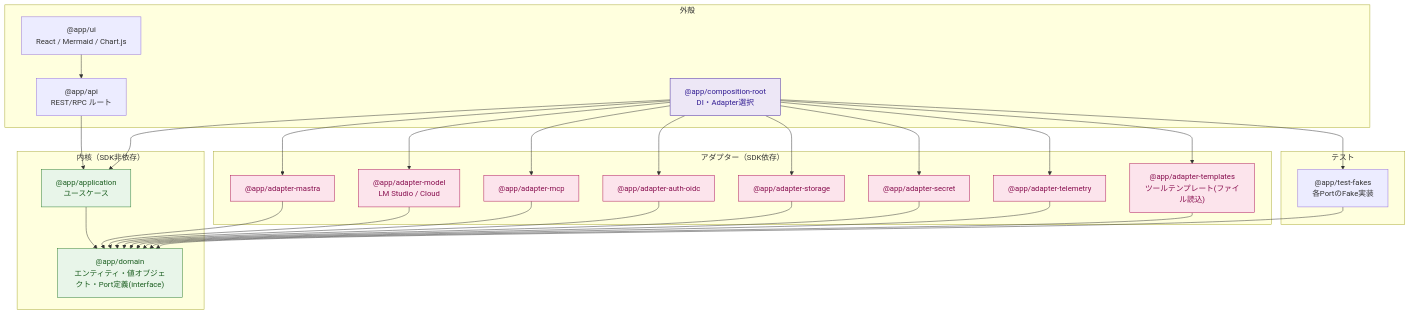
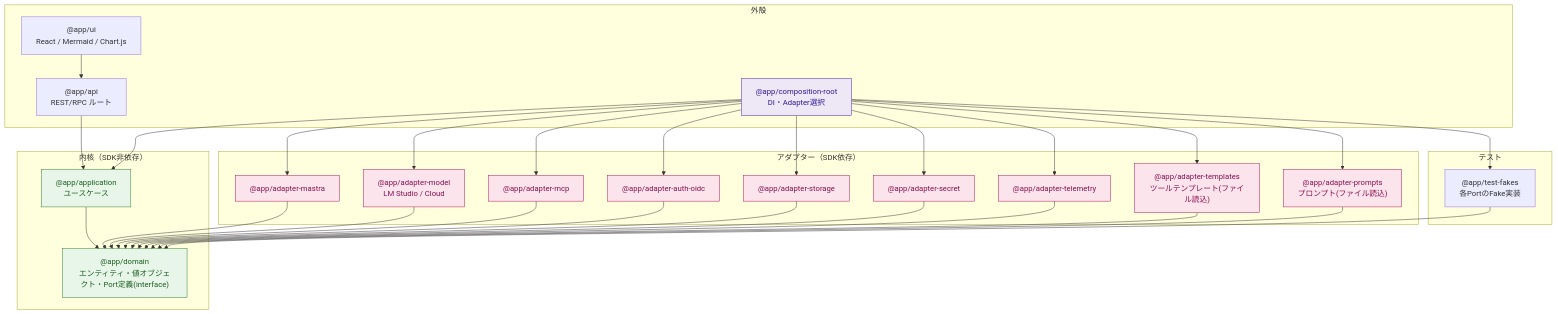
The first of 4 diagrams in docs/05-dependency-graph.md (yy7613/agentblume), drawn with Mermaid before and after one commit. The commit also changed other lines of this file and 219 other files, not shown here.

````diff
--- a/docs/05-dependency-graph.md
+++ b/docs/05-dependency-graph.md
@@ -11,53 +11,55 @@
 ```mermaid
 flowchart TB
   subgraph inner["内核（SDK非依存）"]
     DOMAIN["@app/domain<br/>エンティティ・値オブジェクト・Port定義(interface)"]
     APP["@app/application<br/>ユースケース"]
   end
 
   subgraph adapters["アダプター（SDK依存）"]
     A_MASTRA["@app/adapter-mastra"]
     A_MODEL["@app/adapter-model<br/>LM Studio / Cloud"]
     A_MCP["@app/adapter-mcp"]
     A_AUTH["@app/adapter-auth-oidc"]
     A_STORE["@app/adapter-storage"]
     A_SEC["@app/adapter-secret"]
     A_TEL["@app/adapter-telemetry"]
     A_TMPL["@app/adapter-templates<br/>ツールテンプレート(ファイル読込)"]
+    A_PROMPTS["@app/adapter-prompts<br/>プロンプト(ファイル読込)"]
   end
 
   subgraph edges2["外殻"]
     UI["@app/ui<br/>React / Mermaid / Chart.js"]
     API["@app/api<br/>REST/RPC ルート"]
     ROOT["@app/composition-root<br/>DI・Adapter選択"]
   end
 
   subgraph testpkg["テスト"]
     FAKES["@app/test-fakes<br/>各PortのFake実装"]
   end
 
   APP --> DOMAIN
   A_MASTRA --> DOMAIN
   A_MODEL --> DOMAIN
   A_MCP --> DOMAIN
   A_AUTH --> DOMAIN
   A_STORE --> DOMAIN
   A_SEC --> DOMAIN
   A_TEL --> DOMAIN
   A_TMPL --> DOMAIN
+  A_PROMPTS --> DOMAIN
   FAKES --> DOMAIN
 
   API --> APP
   UI --> API
 
   ROOT --> APP
-  ROOT --> A_MASTRA & A_MODEL & A_MCP & A_AUTH & A_STORE & A_SEC & A_TEL & A_TMPL
+  ROOT --> A_MASTRA & A_MODEL & A_MCP & A_AUTH & A_STORE & A_SEC & A_TEL & A_TMPL & A_PROMPTS
   ROOT --> FAKES
 
   classDef corepkg fill:#e8f5e9,stroke:#2e7d32,color:#1b5e20;
   classDef adapterpkg fill:#fce4ec,stroke:#ad1457,color:#880e4f;
   classDef rootpkg fill:#ede7f6,stroke:#4527a0,color:#311b92;
   class DOMAIN,APP corepkg;
-  class A_MASTRA,A_MODEL,A_MCP,A_AUTH,A_STORE,A_SEC,A_TEL,A_TMPL adapterpkg;
+  class A_MASTRA,A_MODEL,A_MCP,A_AUTH,A_STORE,A_SEC,A_TEL,A_TMPL,A_PROMPTS adapterpkg;
   class ROOT rootpkg;
 ```
````
